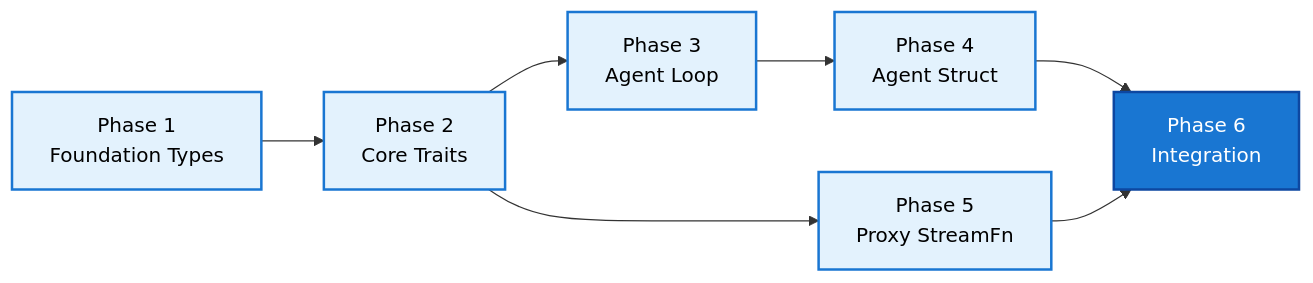
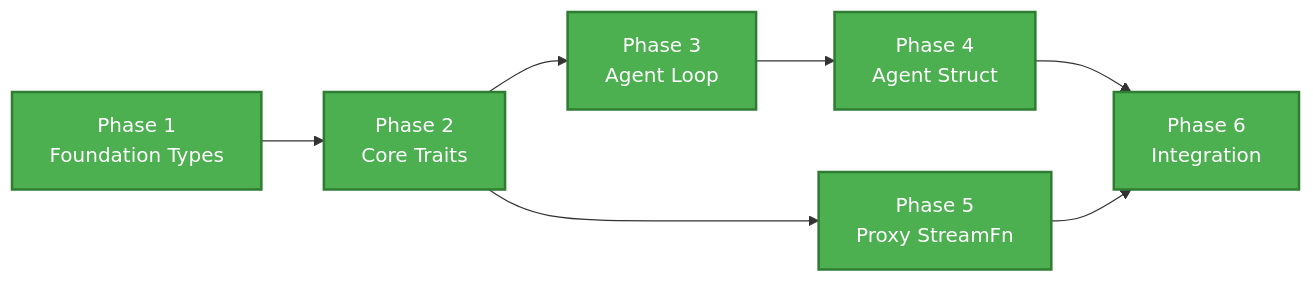
One commit to SuperSwinkAI/Swink-Agent changed the diagram in docs/planning/IMPLEMENTATION_PHASES.md. Above: the diagram before and after it, drawn with Mermaid. The commit also changed other lines of this file and 26 other files, not shown here.

````diff
--- a/docs/planning/IMPLEMENTATION_PHASES.md
+++ b/docs/planning/IMPLEMENTATION_PHASES.md
@@ -13,21 +15,19 @@
 ```mermaid
 flowchart LR
     P1["Phase 1<br/>Foundation Types"]
     P2["Phase 2<br/>Core Traits"]
     P3["Phase 3<br/>Agent Loop"]
     P4["Phase 4<br/>Agent Struct"]
     P5["Phase 5<br/>Proxy StreamFn"]
     P6["Phase 6<br/>Integration"]
 
     P1 --> P2
     P2 --> P3
     P2 --> P5
     P3 --> P4
     P4 --> P6
     P5 --> P6
 
-    classDef phase fill:#e3f2fd,stroke:#1976d2,stroke-width:2px,color:#000
-    classDef final fill:#1976d2,stroke:#0d47a1,stroke-width:2px,color:#fff
-    class P1,P2,P3,P4,P5 phase
-    class P6 final
+    classDef done fill:#4caf50,stroke:#2e7d32,stroke-width:2px,color:#fff
+    class P1,P2,P3,P4,P5,P6 done
 ```
````
